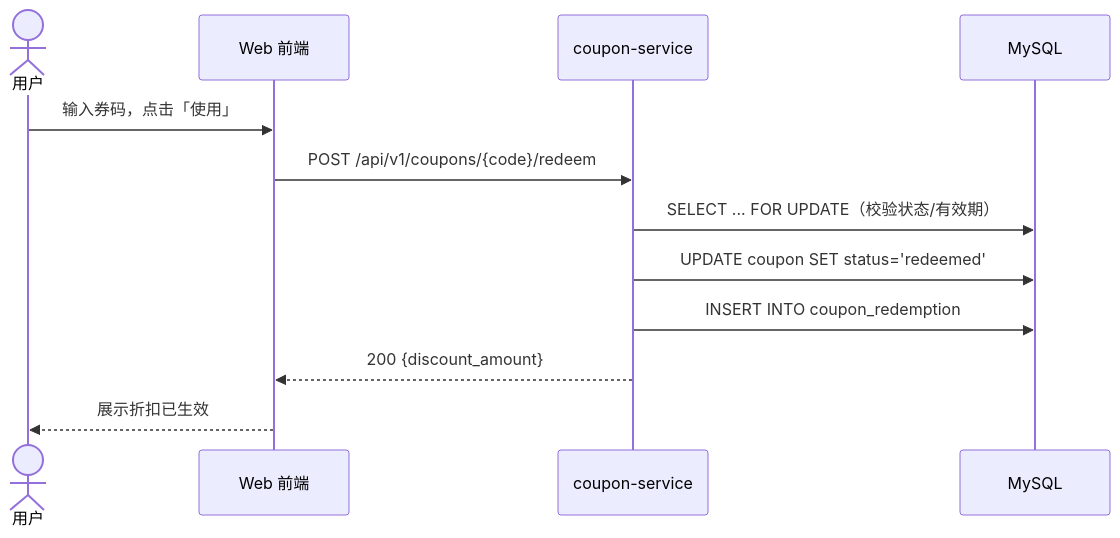
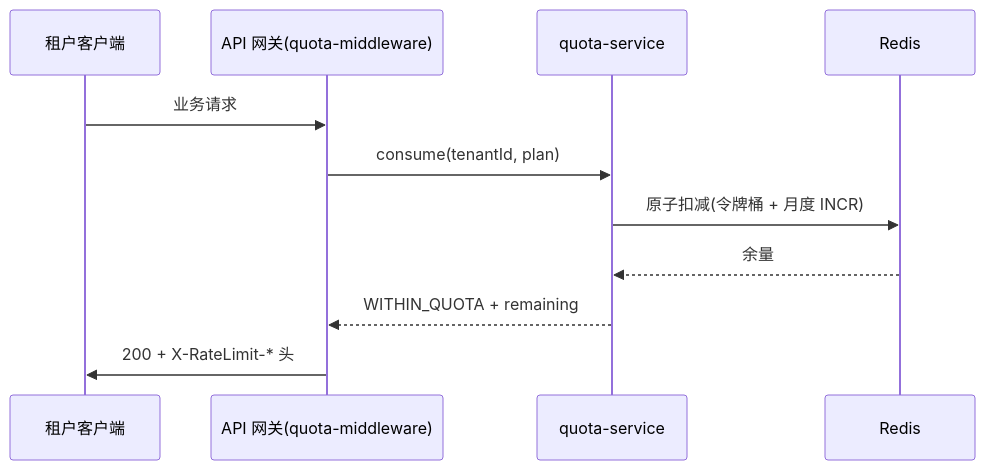
Before and after one commit to yanxuan-lc/excalivibe: the fifth of 5 diagrams in claude/plugins/gen-ai-development/skills/spec-review/references/worked-example.md, drawn with Mermaid. The commit also changed other lines of this file and 41 other files, not shown here.

````diff
--- a/claude/plugins/gen-ai-development/skills/spec-review/references/worked-example.md
+++ b/claude/plugins/gen-ai-development/skills/spec-review/references/worked-example.md
@@ -218,15 +278,13 @@
 ```mermaid
 sequenceDiagram
-    actor U as 用户
-    participant W as Web 前端
-    participant A as coupon-service
-    participant DB as MySQL
-
-    U->>W: 输入券码，点击「使用」
-    W->>A: POST /api/v1/coupons/{code}/redeem
-    A->>DB: SELECT ... FOR UPDATE（校验状态/有效期）
-    A->>DB: UPDATE coupon SET status='redeemed'
-    A->>DB: INSERT INTO coupon_redemption
-    A-->>W: 200 {discount_amount}
-    W-->>U: 展示折扣已生效
+    participant U as 租户客户端
+    participant GW as API 网关(quota-middleware)
+    participant QS as quota-service
+    participant R as Redis
+    U->>GW: 业务请求
+    GW->>QS: consume(tenantId, plan)
+    QS->>R: 原子扣减(令牌桶 + 月度 INCR)
+    R-->>QS: 余量
+    QS-->>GW: WITHIN_QUOTA + remaining
+    GW->>U: 200 + X-RateLimit-* 头
 ```
````
